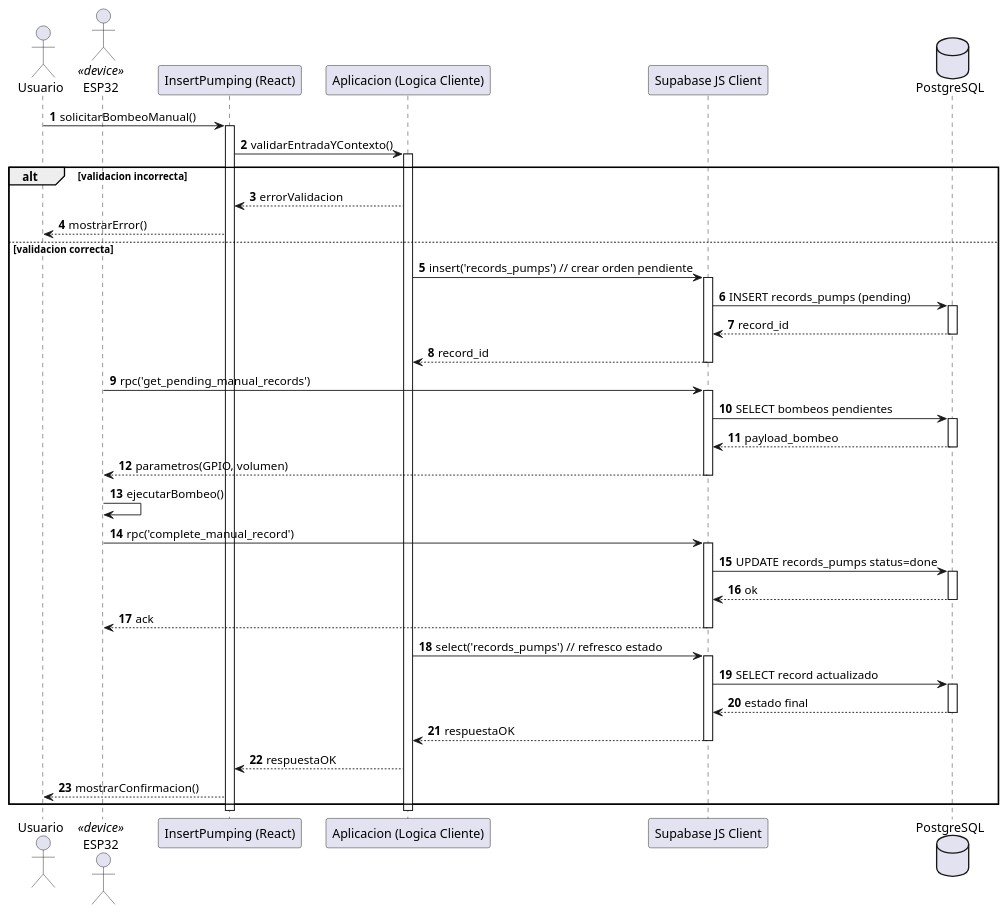
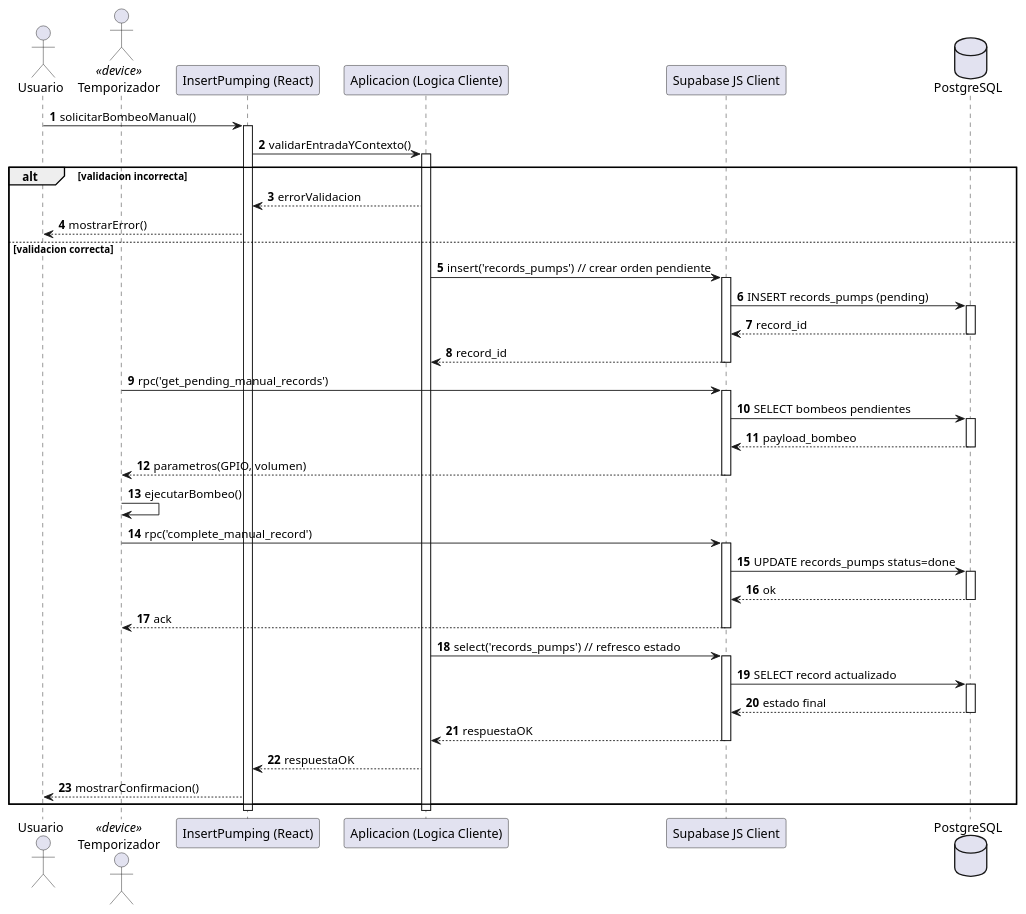
The diagram in plantuml/diseno/secuencia_detallada/UC-034_34_realizar_bombeo.puml (startsys42/hydrosyn), drawn with PlantUML before and after one commit. The commit also changed 9 other files, not shown here.

```diff
--- a/plantuml/diseno/secuencia_detallada/UC-034_34_realizar_bombeo.puml
+++ b/plantuml/diseno/secuencia_detallada/UC-034_34_realizar_bombeo.puml
@@ -1,61 +1,61 @@
 @startuml
 autonumber
 
 actor "Usuario" as A
-actor "ESP32" as E <<device>>
+actor "Temporizador" as E <<device>>
 participant "InsertPumping (React)" as UI
 participant "Aplicacion (Logica Cliente)" as APP
 participant "Supabase JS Client" as SB
 database "PostgreSQL" as DB
 
 A -> UI: solicitarBombeoManual()
 activate UI
 UI -> APP: validarEntradaYContexto()
 activate APP
 alt validacion incorrecta
   APP --> UI: errorValidacion
   UI --> A: mostrarError()
 else validacion correcta
   APP -> SB: insert('records_pumps') // crear orden pendiente
   activate SB
   SB -> DB: INSERT records_pumps (pending)
   activate DB
   DB --> SB: record_id
   deactivate DB
   SB --> APP: record_id
   deactivate SB
 
   E -> SB: rpc('get_pending_manual_records')
   activate SB
   SB -> DB: SELECT bombeos pendientes
   activate DB
   DB --> SB: payload_bombeo
   deactivate DB
   SB --> E: parametros(GPIO, volumen)
   deactivate SB
 
   E -> E: ejecutarBombeo()
   E -> SB: rpc('complete_manual_record')
   activate SB
   SB -> DB: UPDATE records_pumps status=done
   activate DB
   DB --> SB: ok
   deactivate DB
   SB --> E: ack
   deactivate SB
 
   APP -> SB: select('records_pumps') // refresco estado
   activate SB
   SB -> DB: SELECT record actualizado
   activate DB
   DB --> SB: estado final
   deactivate DB
   SB --> APP: respuestaOK
   deactivate SB
 
   APP --> UI: respuestaOK
   UI --> A: mostrarConfirmacion()
 end
 deactivate APP
 deactivate UI
 @enduml
```
